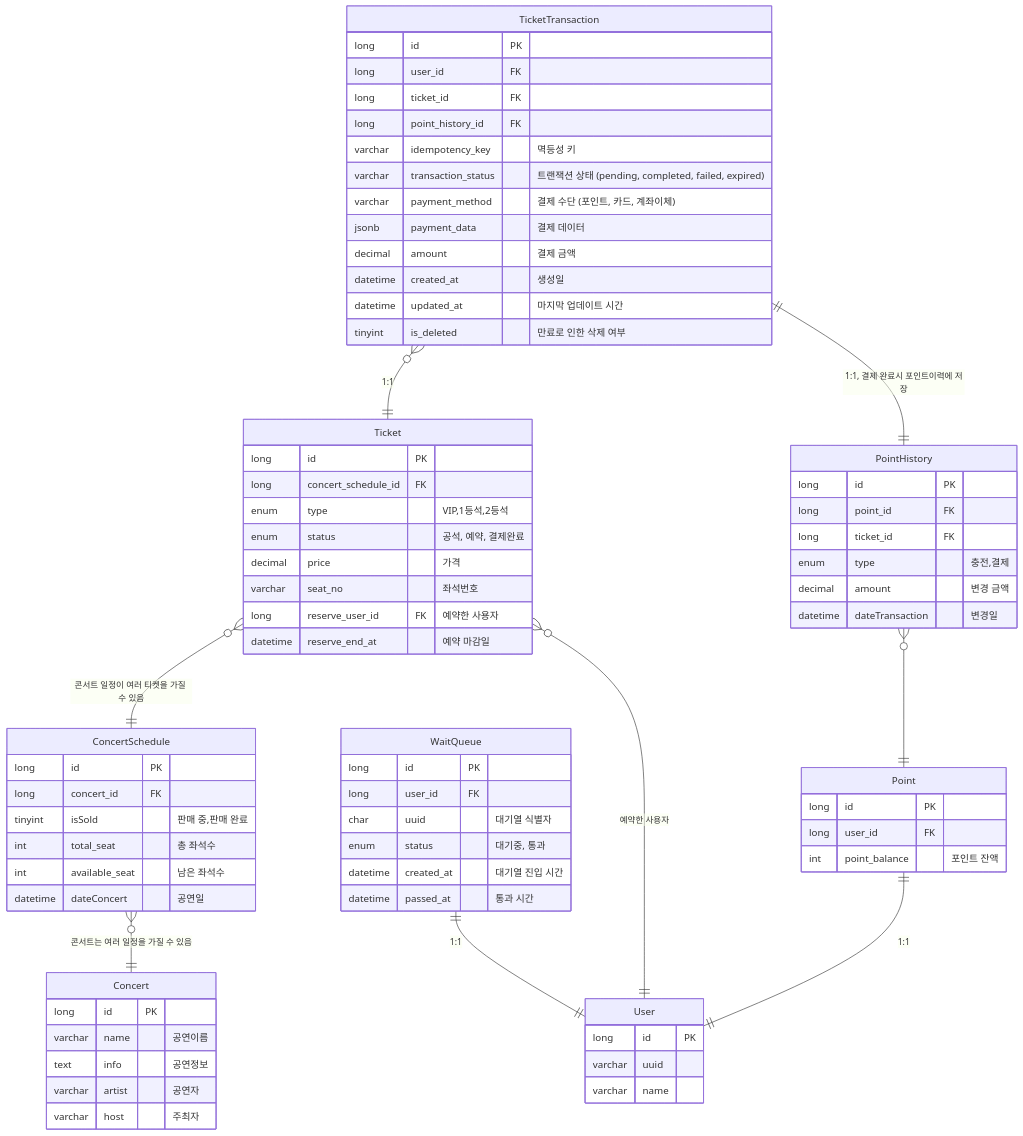
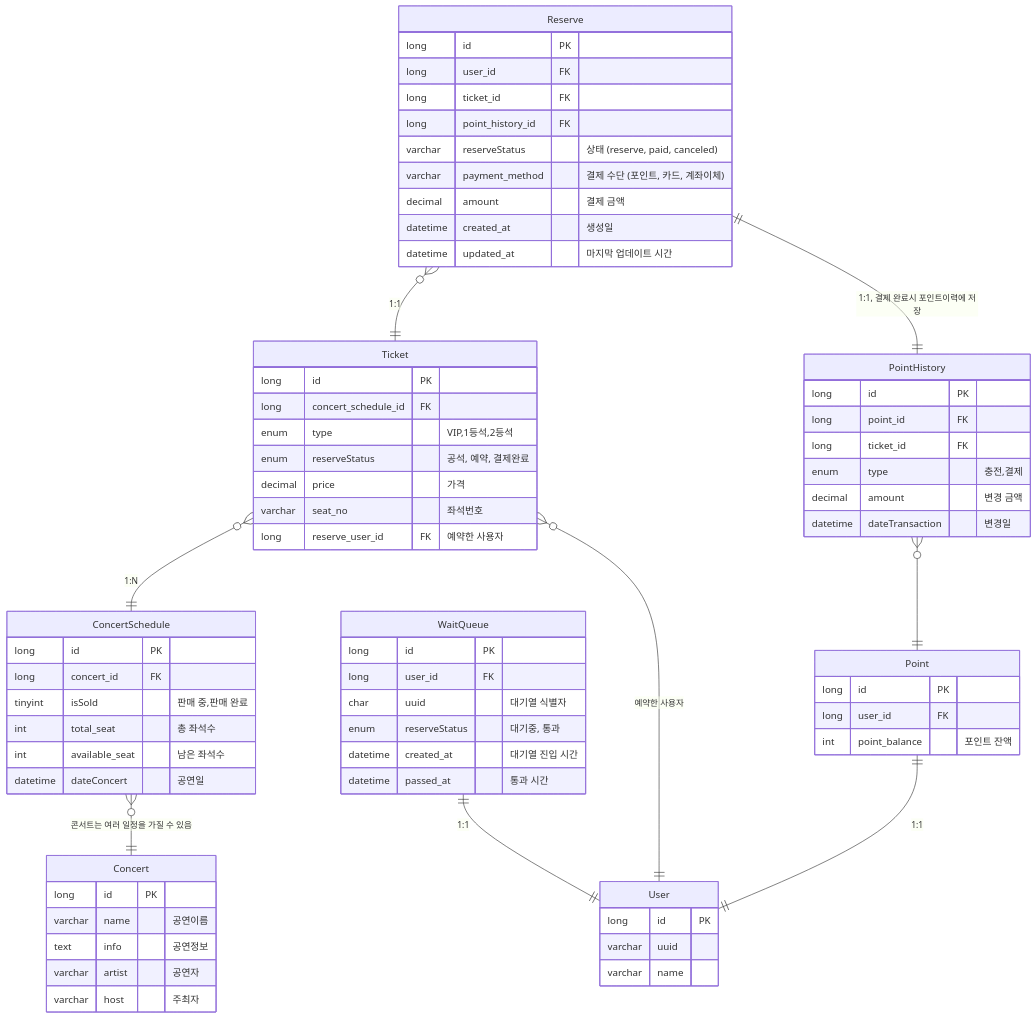
One commit to chawchaw/concert changed the diagram in doc/erd.md. Above: the diagram before and after it, drawn with Mermaid. The commit also changed 67 other files, not shown here.

````diff
--- a/doc/erd.md
+++ b/doc/erd.md
@@ -46,7 +46,7 @@
         long id PK
         long user_id FK
         char uuid "대기열 식별자"
-        enum status "대기중, 통과"
+        enum reserveStatus "대기중, 통과"
         datetime created_at "대기열 진입 시간"
         datetime passed_at "통과 시간"
     }
@@ -74,29 +74,25 @@
         long id PK
         long concert_schedule_id FK
         enum type "VIP,1등석,2등석"
-        enum status "공석, 예약, 결제완료"
+        enum reserveStatus "공석, 예약, 결제완료"
         decimal price "가격"
         varchar seat_no "좌석번호"
         long reserve_user_id FK "예약한 사용자"
-        datetime reserve_end_at "예약 마감일"
     }
-    Ticket }o--|| ConcertSchedule : "콘서트 일정이 여러 티켓을 가질 수 있음"
+    Ticket }o--|| ConcertSchedule : "1:N"
     Ticket }o--|| User : "예약한 사용자"
 
-    TicketTransaction {
+    Reserve {
         long id PK
         long user_id FK
         long ticket_id FK
         long point_history_id FK
-        varchar idempotency_key "멱등성 키"
-        varchar transaction_status "트랜잭션 상태 (pending, completed, failed, expired)"
+        varchar reserveStatus "상태 (reserve, paid, canceled)"
         varchar payment_method "결제 수단 (포인트, 카드, 계좌이체)"
-        jsonb payment_data "결제 데이터"
         decimal amount "결제 금액"
         datetime created_at "생성일"
         datetime updated_at "마지막 업데이트 시간"
-        tinyint is_deleted "만료로 인한 삭제 여부"
     }
-    TicketTransaction }o--|| Ticket : "1:1"
-    TicketTransaction ||--|| PointHistory : "1:1, 결제 완료시 포인트이력에 저장"
+    Reserve }o--|| Ticket : "1:1"
+    Reserve ||--|| PointHistory : "1:1, 결제 완료시 포인트이력에 저장"
 ```
````
